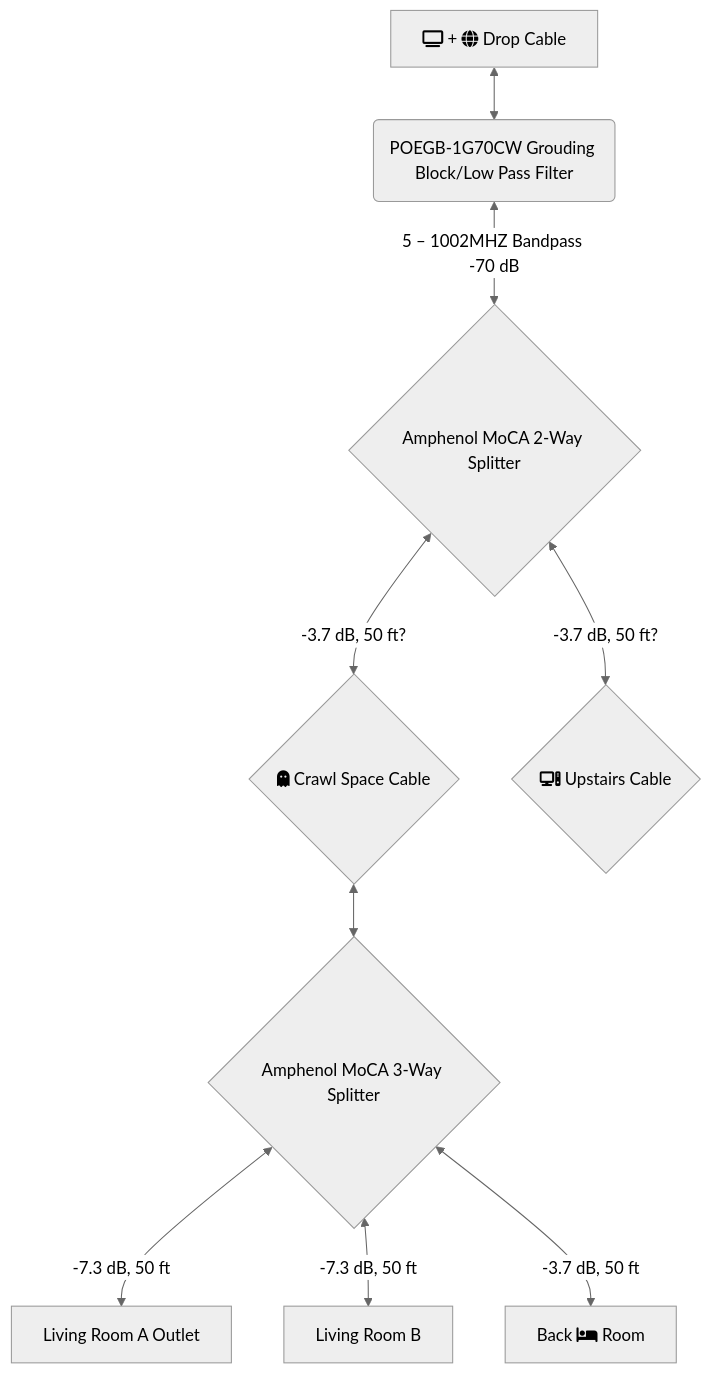
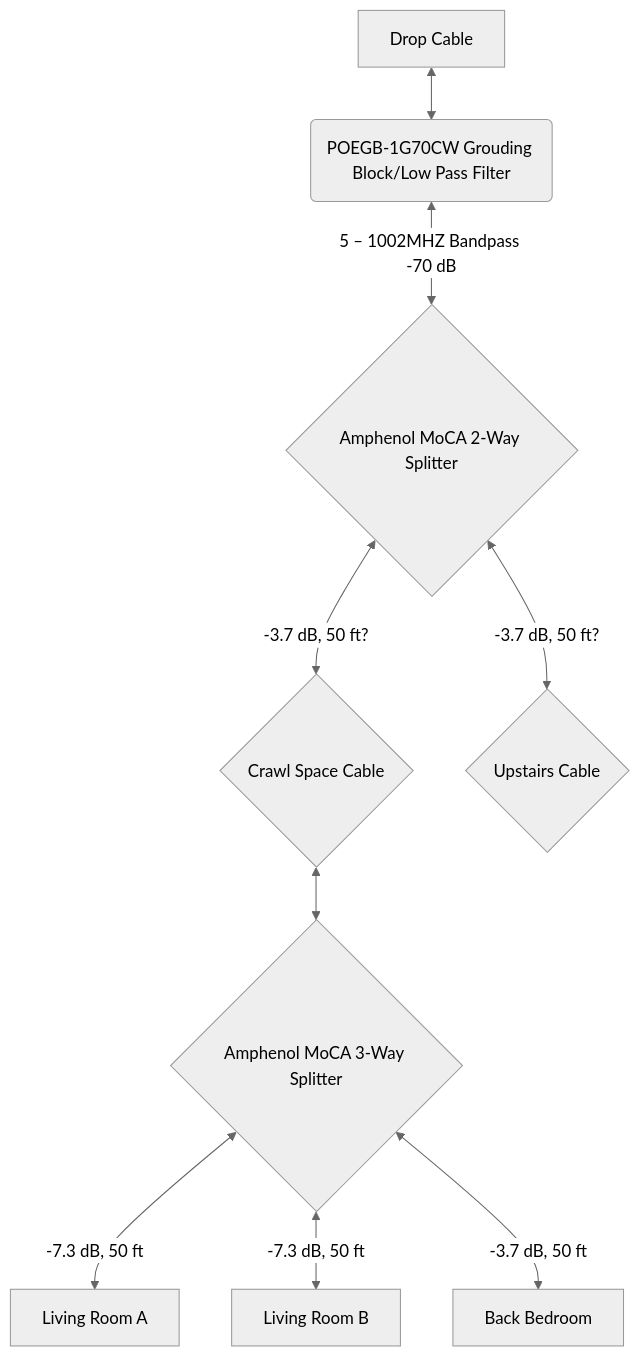
One commit to N7Alpha/coaxial-cable-network changed the diagram in README.md. Above: the diagram before and after it, drawn with Mermaid (neutral theme).

Commit message:
Remove font-awesome icons

````diff
--- a/README.md
+++ b/README.md
@@ -7,14 +7,14 @@
 ```mermaid
 flowchart TD
-    A[fa:fa-tv + fa:fa-globe Drop Cable] <--> I(POEGB-1G70CW Grouding Block/Low Pass Filter)
+    A[Drop Cable] <--> I(POEGB-1G70CW Grouding Block/Low Pass Filter)
     I <-->|5 – 1002MHZ Bandpass -70 dB| B{Amphenol MoCA 2-Way Splitter}
-    B <-->|-3.7 dB, 50 ft?| H{fa:fa-ghost Crawl Space Cable} <--> C{Amphenol MoCA 3-Way Splitter}
-    B <-->|-3.7 dB, 50 ft?| O{fa:fa-computer Upstairs Cable}
-    C <-->|-7.3 dB, 50 ft| D[Living Room A Outlet]
+    B <-->|-3.7 dB, 50 ft?| H{Crawl Space Cable} <--> C{Amphenol MoCA 3-Way Splitter}
+    B <-->|-3.7 dB, 50 ft?| O{Upstairs Cable}
+    C <-->|-7.3 dB, 50 ft| D[Living Room A]
     C <-->|-7.3 dB, 50 ft| E[Living Room B]
-    C <-->|-3.7 dB, 50 ft| F[Back fa:fa-bed Room]
+    C <-->|-3.7 dB, 50 ft| F[Back Bedroom]
 
     click I href "POEGB-1GCW, POEGB-1G70CW PPC MoCA POE 40-70dB Groundblock Specs_07102019.pdf" "Open Datasheet"
     click B href "2-Way.jpg"
     click C href "3-Way.jpg"
 ```
````
